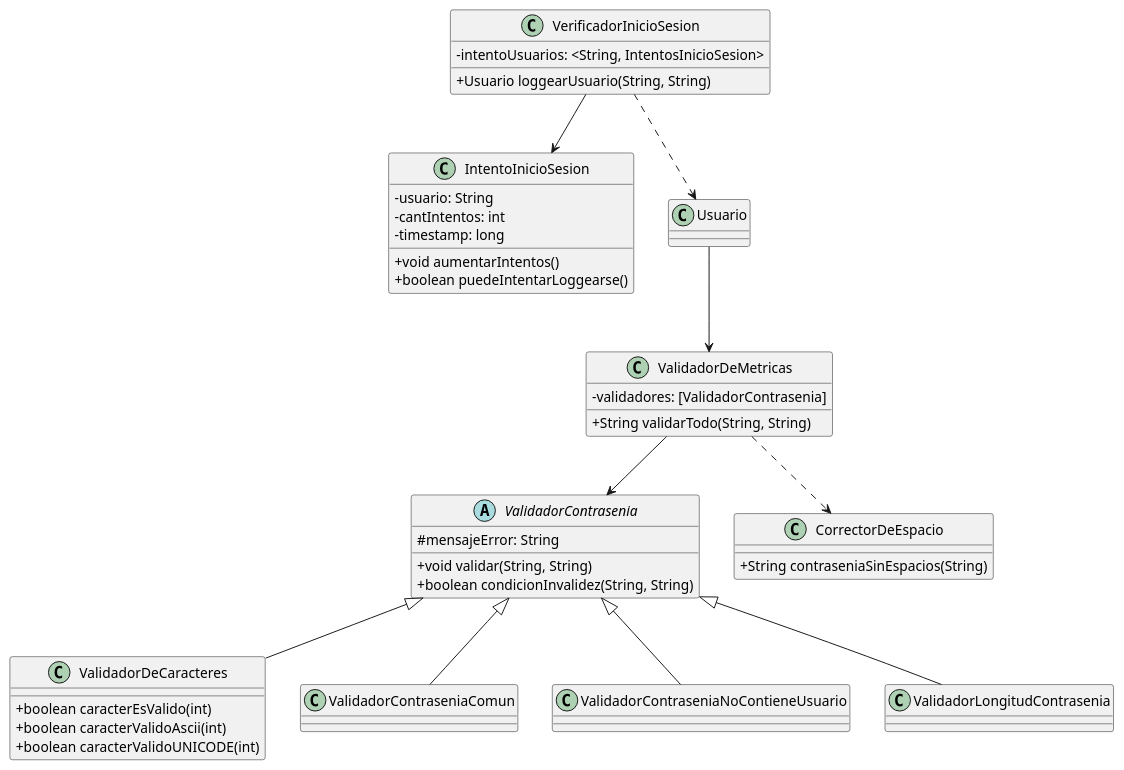
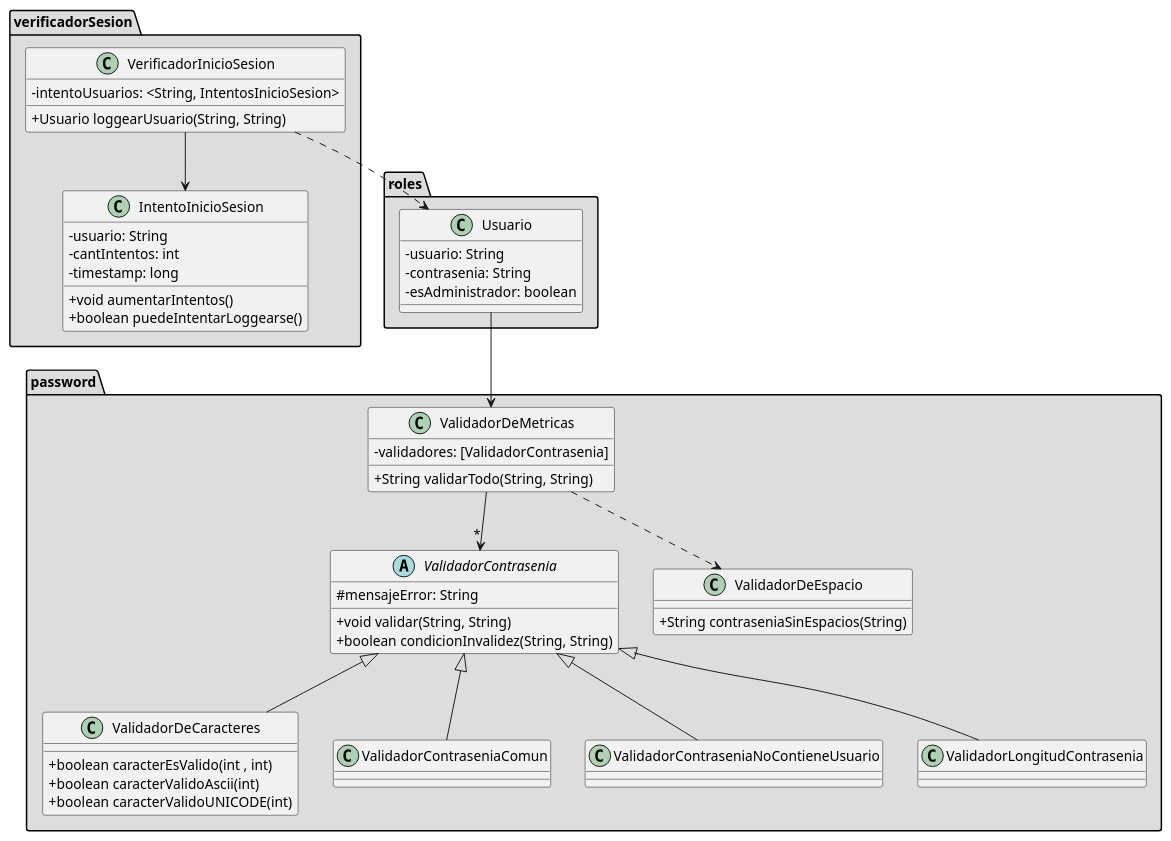
The diagram in src/modeloDeSeguridad.puml (IgnacioG2000/TP-DDS), drawn with PlantUML before and after one commit. The commit also changed 1 other file, not shown here.

Commit message:
Modificaciones diagrama de clases y un override que faltaba

```diff
--- a/src/modeloDeSeguridad.puml
+++ b/src/modeloDeSeguridad.puml
@@ -1,65 +1,80 @@
 @startuml
 skinparam classAttributeIconSize 0
 
-class VerificadorInicioSesion {
--intentoUsuarios: <String, IntentosInicioSesion>
 
-+Usuario loggearUsuario(String, String)
+package "verificadorSesion" #DDDDDD {
+    class VerificadorInicioSesion {
+    -intentoUsuarios: <String, IntentosInicioSesion>
+
+    +Usuario loggearUsuario(String, String)
+    }
+
+    class IntentoInicioSesion {
+    -usuario: String
+    -cantIntentos: int
+    -timestamp: long
+
+    +void aumentarIntentos()
+    +boolean puedeIntentarLoggearse()
+    }
 }
 
-class IntentoInicioSesion {
--usuario: String
--cantIntentos: int
--timestamp: long
 
-+void aumentarIntentos()
-+boolean puedeIntentarLoggearse()
+package "roles" #DDDDDD {
+    class Usuario {
+    -usuario: String
+    -contrasenia: String
+    -esAdministrador: boolean
+    }
 }
 
-class ValidadorDeMetricas {
--validadores: [ValidadorContrasenia]
+package "password" #DDDDDD {
+    class ValidadorDeMetricas {
+    -validadores: [ValidadorContrasenia]
 
-+String validarTodo(String, String)
+    +String validarTodo(String, String)
+    }
+
+    abstract class ValidadorContrasenia {
+    #mensajeError: String
+
+    + void validar(String, String)
+    + boolean condicionInvalidez(String, String)
+    }
+
+    class ValidadorDeCaracteres extends ValidadorContrasenia {
+
+    +boolean caracterEsValido(int , int)
+    +boolean caracterValidoAscii(int)
+    +boolean caracterValidoUNICODE(int)
+    }
+
+    class ValidadorContraseniaComun extends ValidadorContrasenia {
+
+    }
+
+    class ValidadorContraseniaNoContieneUsuario extends ValidadorContrasenia {
+
+    }
+
+    class ValidadorLongitudContrasenia extends ValidadorContrasenia {
+
+    }
+
+    class ValidadorDeEspacio {
+
+    +String contraseniaSinEspacios(String)
+    }
 }
 
-abstract class ValidadorContrasenia {
-#mensajeError: String
-
-+ void validar(String, String)
-+ boolean condicionInvalidez(String, String)
-}
-
-class ValidadorDeCaracteres extends ValidadorContrasenia {
-
-+boolean caracterEsValido(int)
-+boolean caracterValidoAscii(int)
-+boolean caracterValidoUNICODE(int)
-}
-
-class ValidadorContraseniaComun extends ValidadorContrasenia {
-
-}
-
-class ValidadorContraseniaNoContieneUsuario extends ValidadorContrasenia {
-
-}
-
-class ValidadorLongitudContrasenia extends ValidadorContrasenia {
-
-}
-
-class CorrectorDeEspacio {
-
-+String contraseniaSinEspacios(String)
-}
 
 
 VerificadorInicioSesion --> IntentoInicioSesion
 VerificadorInicioSesion ..> Usuario
 
 Usuario --> ValidadorDeMetricas
 
-ValidadorDeMetricas --> ValidadorContrasenia
-ValidadorDeMetricas ..> CorrectorDeEspacio
+ValidadorDeMetricas --> "*" ValidadorContrasenia
+ValidadorDeMetricas ..> ValidadorDeEspacio
 
 @enduml
```
